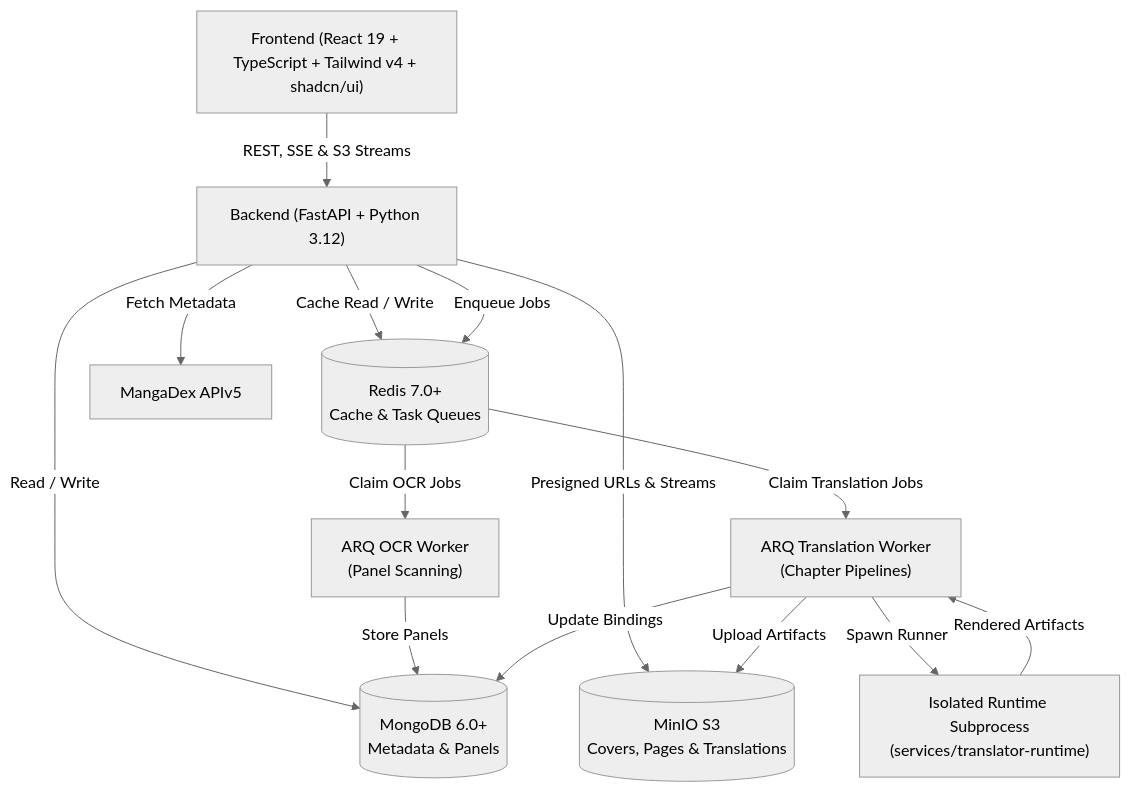
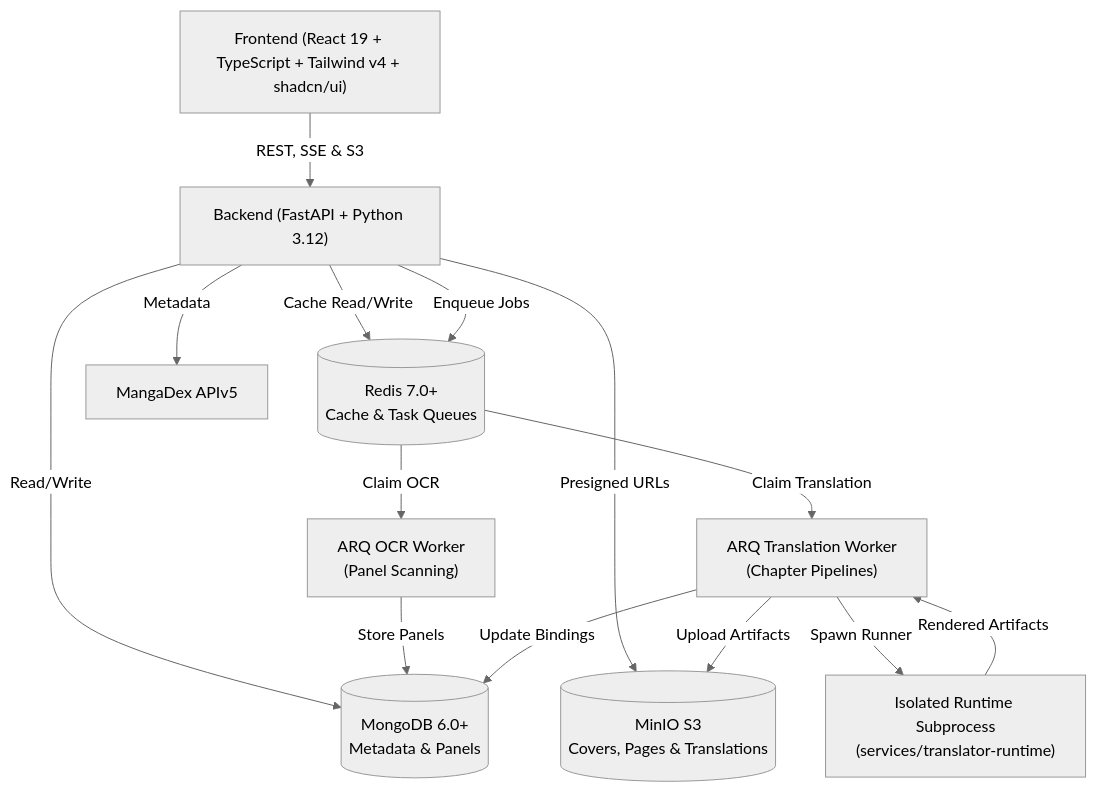
One commit to huyxuantruong1411/Manga-Reviews-Management changed the diagram in README.md. Above: the diagram before and after it, drawn with Mermaid (neutral theme).

Commit message:
docs: fix mermaid architecture diagram syntax for GitHub rich display rendering

````diff
--- a/README.md
+++ b/README.md
@@ -104,26 +104,26 @@
 ```mermaid
 flowchart TD
     Client["Frontend (React 19 + TypeScript + Tailwind v4 + shadcn/ui)"]
     API["Backend (FastAPI + Python 3.12)"]
-    Mongo[("MongoDB 6.0+\nMetadata & Panels")]
-    MinIO[("MinIO S3\nCovers, Pages & Translations")]
-    Redis[("Redis 7.0+\nCache & Task Queues")]
-    WorkerOCR["ARQ OCR Worker\n(Panel Scanning)"]
-    WorkerTrans["ARQ Translation Worker\n(Chapter Pipelines)"]
-    Runtime["Isolated Runtime Subprocess\n(services/translator-runtime)"]
+    Mongo[("MongoDB 6.0+<br/>Metadata & Panels")]
+    MinIO[("MinIO S3<br/>Covers, Pages & Translations")]
+    Redis[("Redis 7.0+<br/>Cache & Task Queues")]
+    WorkerOCR["ARQ OCR Worker<br/>(Panel Scanning)"]
+    WorkerTrans["ARQ Translation Worker<br/>(Chapter Pipelines)"]
+    Runtime["Isolated Runtime Subprocess<br/>(services/translator-runtime)"]
     DexAPI["MangaDex APIv5"]
 
-    Client -->|REST, SSE & S3 Streams| API
-    API -->|Read / Write| Mongo
-    API -->|Presigned URLs & Streams| MinIO
-    API -->|Cache Read / Write| Redis
-    API -->|Enqueue Jobs| Redis
-    Redis -->|Claim OCR Jobs| WorkerOCR
-    Redis -->|Claim Translation Jobs| WorkerTrans
-    WorkerOCR -->|Store Panels| Mongo
-    WorkerTrans -->|Spawn Runner| Runtime
-    Runtime -->|Rendered Artifacts| WorkerTrans
-    WorkerTrans -->|Upload Artifacts| MinIO
-    WorkerTrans -->|Update Bindings| Mongo
-    API -->|Fetch Metadata| DexAPI
+    Client -->|"REST, SSE & S3"| API
+    API -->|"Read/Write"| Mongo
+    API -->|"Presigned URLs"| MinIO
+    API -->|"Cache Read/Write"| Redis
+    API -->|"Enqueue Jobs"| Redis
+    Redis -->|"Claim OCR"| WorkerOCR
+    Redis -->|"Claim Translation"| WorkerTrans
+    WorkerOCR -->|"Store Panels"| Mongo
+    WorkerTrans -->|"Spawn Runner"| Runtime
+    Runtime -->|"Rendered Artifacts"| WorkerTrans
+    WorkerTrans -->|"Upload Artifacts"| MinIO
+    WorkerTrans -->|"Update Bindings"| Mongo
+    API -->|"Metadata"| DexAPI
 ```
````
